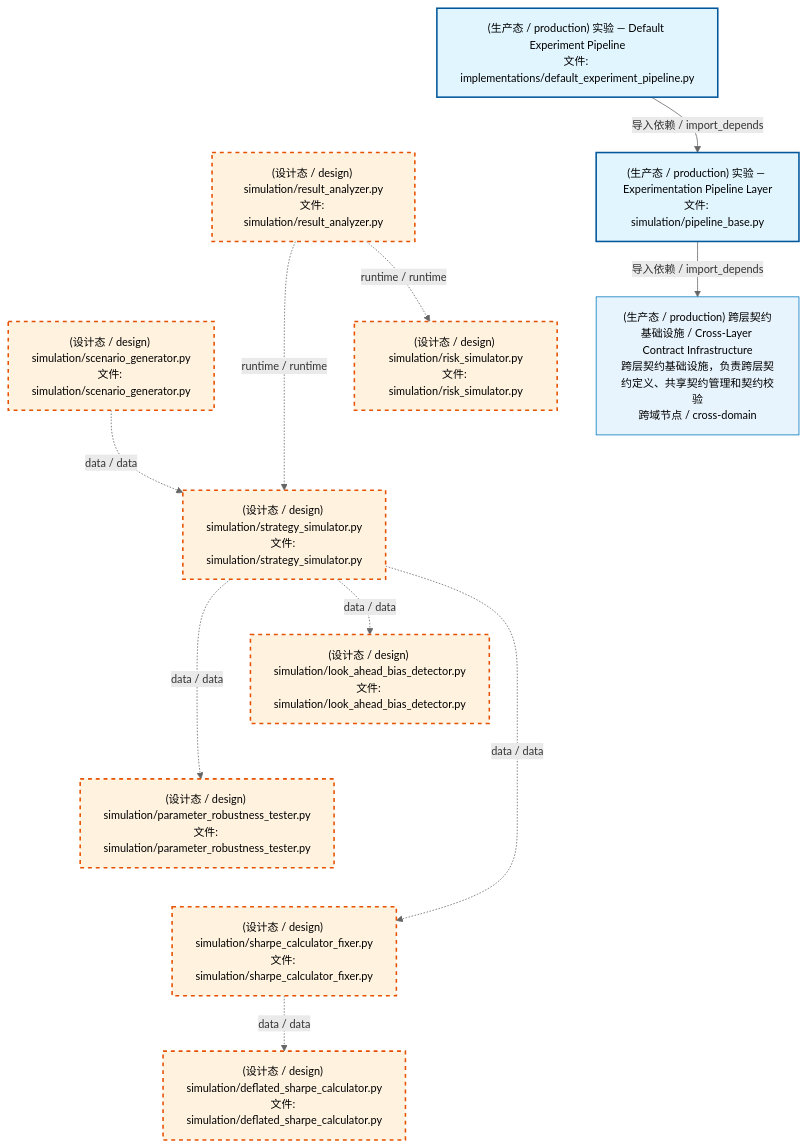
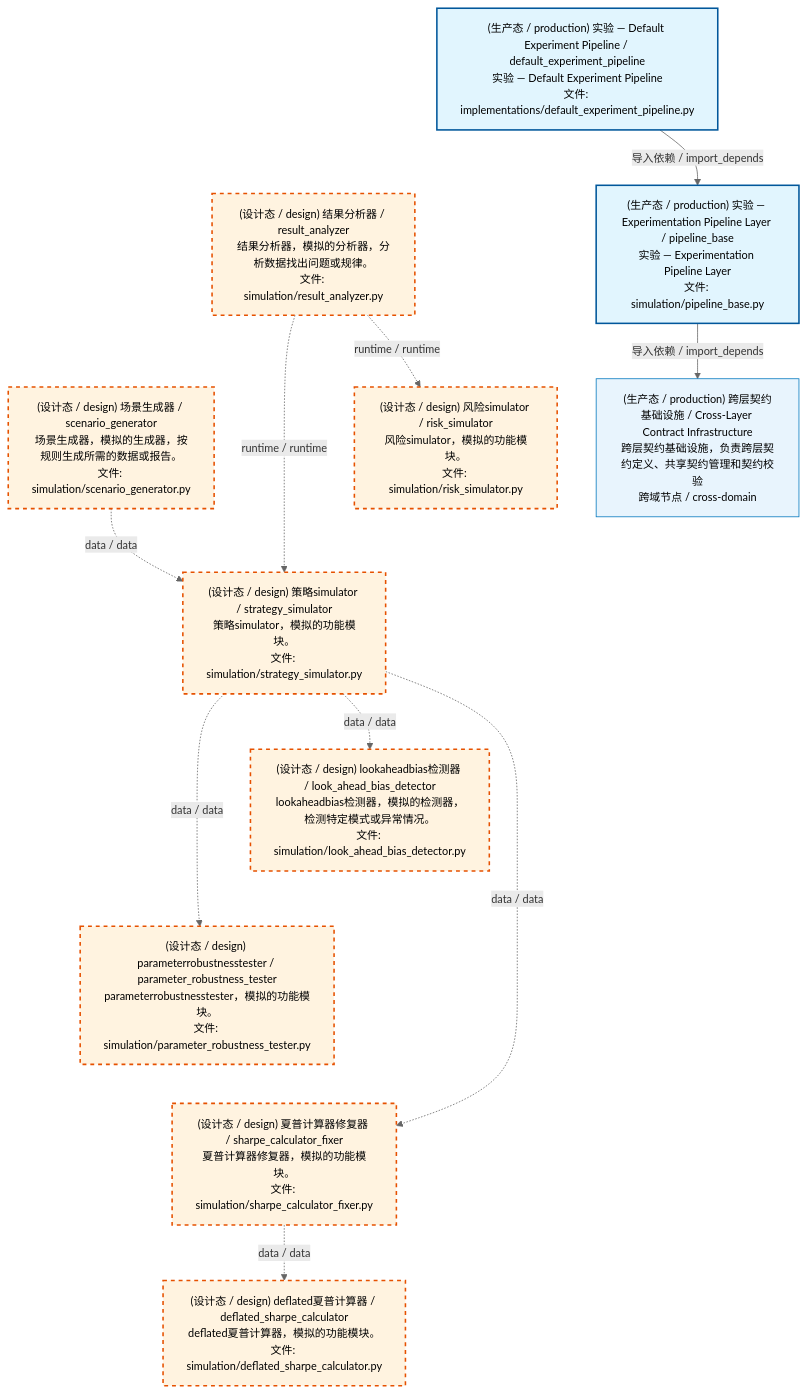
Before and after one commit to xuanFelixVan/ZephyrAlpha: the first of 4 diagrams in docs/02_enterprise_architecture/02_domain_architecture_docs/70_d_simulation.md, drawn with Mermaid. The commit also changed other lines of this file and 60 other files, not shown here.

````diff
--- a/docs/02_enterprise_architecture/02_domain_architecture_docs/70_d_simulation.md
+++ b/docs/02_enterprise_architecture/02_domain_architecture_docs/70_d_simulation.md
@@ -53,37 +53,37 @@
 ```mermaid
 %%{init: {'theme': 'base', 'themeVariables': {'primaryColor': '#eaeaea', 'primaryTextColor': '#333333', 'primaryBorderColor': '#666666', 'lineColor': '#666666', 'secondaryColor': '#eaeaea', 'tertiaryColor': '#eaeaea', 'fontSize': '14px'}}}%%
 flowchart TD
-    src_zephyr_simulation_implementations_default_experiment_pipeline_py["(生产态 / production) 实验 — Default Experiment Pipeline<br/>文件: implementations/default_experiment_pipeline.py"]
-    src_zephyr_simulation_result_analyzer_py["(设计态 / design) simulation/result_analyzer.py<br/>文件: simulation/result_analyzer.py"]
-    src_zephyr_simulation_scenario_generator_py["(设计态 / design) simulation/scenario_generator.py<br/>文件: simulation/scenario_generator.py"]
+    src_zephyr_simulation_implementations_default_experiment_pipeline_py["(生产态 / production) 实验 — Default Experiment Pipeline / default_experiment_pipeline<br/>实验 — Default Experiment Pipeline<br/>文件: implementations/default_experiment_pipeline.py"]
+    src_zephyr_simulation_result_analyzer_py["(设计态 / design) 结果分析器 / result_analyzer<br/>结果分析器，模拟的分析器，分析数据找出问题或规律。<br/>文件: simulation/result_analyzer.py"]
+    src_zephyr_simulation_scenario_generator_py["(设计态 / design) 场景生成器 / scenario_generator<br/>场景生成器，模拟的生成器，按规则生成所需的数据或报告。<br/>文件: simulation/scenario_generator.py"]
     src_zephyr_simulation_implementations_default_experiment_pipeline_py ~~~ src_zephyr_simulation_result_analyzer_py
     src_zephyr_simulation_result_analyzer_py ~~~ src_zephyr_simulation_scenario_generator_py
-    src_zephyr_simulation_pipeline_base_py["(生产态 / production) 实验 — Experimentation Pipeline Layer<br/>文件: simulation/pipeline_base.py"]
-    src_zephyr_simulation_risk_simulator_py["(设计态 / design) simulation/risk_simulator.py<br/>文件: simulation/risk_simulator.py"]
-    src_zephyr_simulation_strategy_simulator_py["(设计态 / design) simulation/strategy_simulator.py<br/>文件: simulation/strategy_simulator.py"]
+    src_zephyr_simulation_pipeline_base_py["(生产态 / production) 实验 — Experimentation Pipeline Layer / pipeline_base<br/>实验 — Experimentation Pipeline Layer<br/>文件: simulation/pipeline_base.py"]
+    src_zephyr_simulation_risk_simulator_py["(设计态 / design) 风险simulator / risk_simulator<br/>风险simulator，模拟的功能模块。<br/>文件: simulation/risk_simulator.py"]
+    src_zephyr_simulation_strategy_simulator_py["(设计态 / design) 策略simulator / strategy_simulator<br/>策略simulator，模拟的功能模块。<br/>文件: simulation/strategy_simulator.py"]
     src_zephyr_simulation_pipeline_base_py ~~~ src_zephyr_simulation_risk_simulator_py
     src_zephyr_simulation_risk_simulator_py ~~~ src_zephyr_simulation_strategy_simulator_py
-    src_zephyr_simulation_look_ahead_bias_detector_py["(设计态 / design) simulation/look_ahead_bias_detector.py<br/>文件: simulation/look_ahead_bias_detector.py"]
-    src_zephyr_simulation_parameter_robustness_tester_py["(设计态 / design) simulation/parameter_robustness_tester.py<br/>文件: simulation/parameter_robustness_tester.py"]
-    src_zephyr_simulation_sharpe_calculator_fixer_py["(设计态 / design) simulation/sharpe_calculator_fixer.py<br/>文件: simulation/sharpe_calculator_fixer.py"]
+    src_zephyr_simulation_look_ahead_bias_detector_py["(设计态 / design) lookaheadbias检测器 / look_ahead_bias_detector<br/>lookaheadbias检测器，模拟的检测器，检测特定模式或异常情况。<br/>文件: simulation/look_ahead_bias_detector.py"]
+    src_zephyr_simulation_parameter_robustness_tester_py["(设计态 / design) parameterrobustnesstester / parameter_robustness_tester<br/>parameterrobustnesstester，模拟的功能模块。<br/>文件: simulation/parameter_robustness_tester.py"]
+    src_zephyr_simulation_sharpe_calculator_fixer_py["(设计态 / design) 夏普计算器修复器 / sharpe_calculator_fixer<br/>夏普计算器修复器，模拟的功能模块。<br/>文件: simulation/sharpe_calculator_fixer.py"]
     src_zephyr_simulation_look_ahead_bias_detector_py ~~~ src_zephyr_simulation_parameter_robustness_tester_py
     src_zephyr_simulation_parameter_robustness_tester_py ~~~ src_zephyr_simulation_sharpe_calculator_fixer_py
-    src_zephyr_simulation_deflated_sharpe_calculator_py["(设计态 / design) simulation/deflated_sharpe_calculator.py<br/>文件: simulation/deflated_sharpe_calculator.py"]
+    src_zephyr_simulation_deflated_sharpe_calculator_py["(设计态 / design) deflated夏普计算器 / deflated_sharpe_calculator<br/>deflated夏普计算器，模拟的功能模块。<br/>文件: simulation/deflated_sharpe_calculator.py"]
     src_zephyr_simulation_strategy_simulator_py -.->|data / data| src_zephyr_simulation_parameter_robustness_tester_py
     src_zephyr_simulation_strategy_simulator_py -.->|data / data| src_zephyr_simulation_look_ahead_bias_detector_py
     src_zephyr_simulation_strategy_simulator_py -.->|data / data| src_zephyr_simulation_sharpe_calculator_fixer_py
     src_zephyr_simulation_scenario_generator_py -.->|data / data| src_zephyr_simulation_strategy_simulator_py
     src_zephyr_simulation_result_analyzer_py -.->|runtime / runtime| src_zephyr_simulation_strategy_simulator_py
     src_zephyr_simulation_result_analyzer_py -.->|runtime / runtime| src_zephyr_simulation_risk_simulator_py
     src_zephyr_simulation_sharpe_calculator_fixer_py -.->|data / data| src_zephyr_simulation_deflated_sharpe_calculator_py
     src_zephyr_simulation_implementations_default_experiment_pipeline_py -->|导入依赖 / import_depends| src_zephyr_simulation_pipeline_base_py
     D_INFRASTRUCTURE["(生产态 / production) 跨层契约基础设施 / Cross-Layer Contract Infrastructure<br/>跨层契约基础设施，负责跨层契约定义、共享契约管理和契约校验<br/>跨域节点 / cross-domain"]
     src_zephyr_simulation_pipeline_base_py -->|导入依赖 / import_depends| D_INFRASTRUCTURE
     classDef production fill:#e1f5fe,stroke:#01579b,stroke-width:2px,color:#000
     classDef design fill:#fff3e0,stroke:#e65100,stroke-width:2px,color:#000,stroke-dasharray: 5 5
     classDef external_prod fill:#e8f4fd,stroke:#0277bd,stroke-width:1px,color:#000
     classDef external_design fill:#fff8e7,stroke:#ef6c00,stroke-width:1px,color:#000,stroke-dasharray: 5 5
     class src_zephyr_simulation_implementations_default_experiment_pipeline_py,src_zephyr_simulation_pipeline_base_py production
     class src_zephyr_simulation_deflated_sharpe_calculator_py,src_zephyr_simulation_look_ahead_bias_detector_py,src_zephyr_simulation_parameter_robustness_tester_py,src_zephyr_simulation_result_analyzer_py,src_zephyr_simulation_risk_simulator_py,src_zephyr_simulation_scenario_generator_py,src_zephyr_simulation_sharpe_calculator_fixer_py,src_zephyr_simulation_strategy_simulator_py design
     class D_INFRASTRUCTURE external_prod
 ```
````
